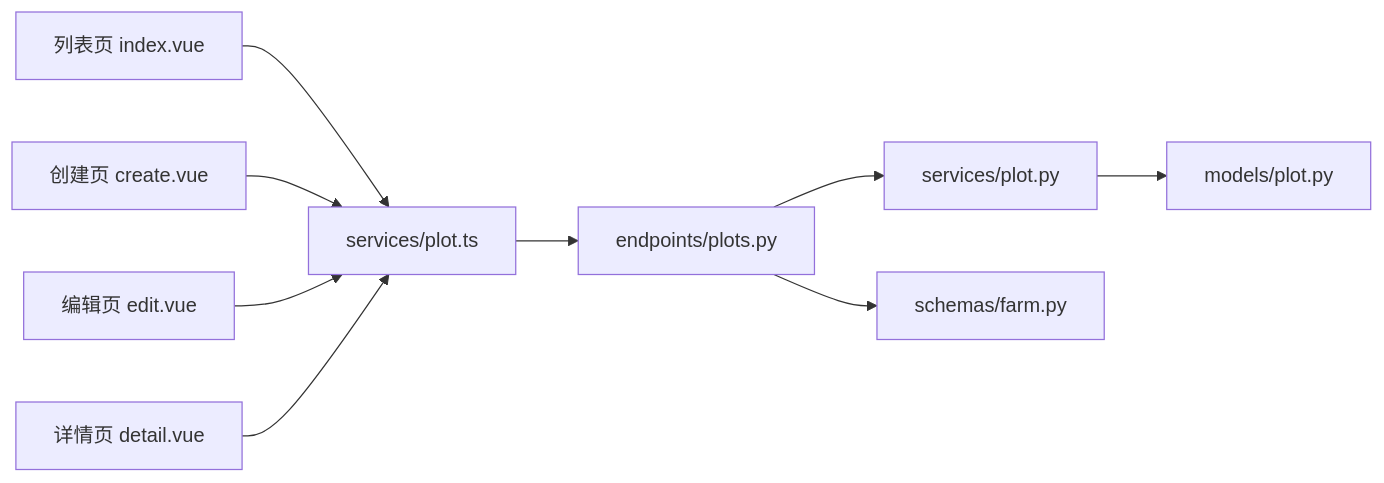
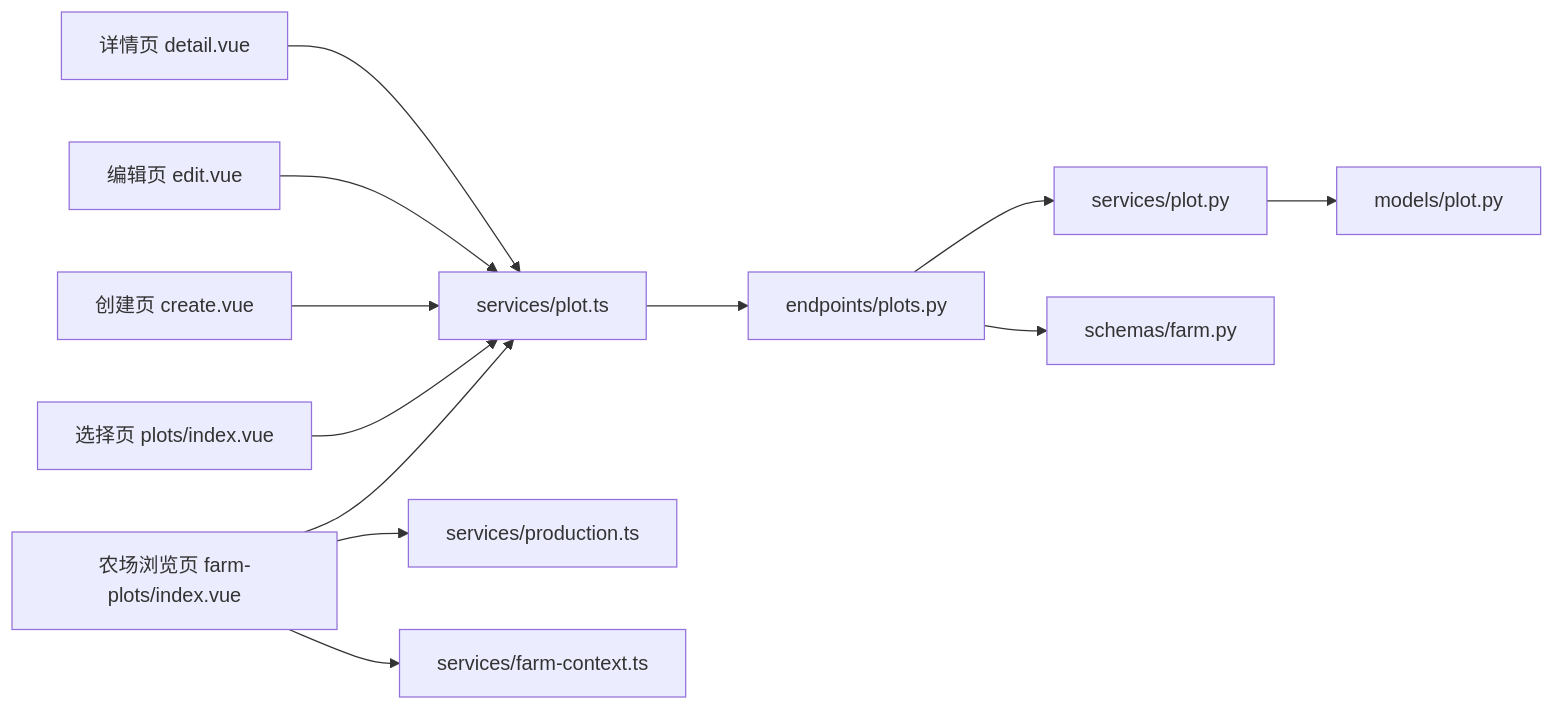
The tenth of 10 diagrams in .qoder/repowiki/zh/content/前端应用/地块管理模块.md (wungjyan/pocket-farm), drawn with Mermaid before and after one commit. The commit also changed other lines of this file and 198 other files, not shown here.

````diff
--- a/.qoder/repowiki/zh/content/前端应用/地块管理模块.md
+++ b/.qoder/repowiki/zh/content/前端应用/地块管理模块.md
@@ -378,11 +516,14 @@
 ```mermaid
 graph LR
-FE_Index["列表页 index.vue"] --> Svc["services/plot.ts"]
+FP["农场浏览页 farm-plots/index.vue"] --> Svc["services/plot.ts"]
+FP --> Prod["services/production.ts"]
+PS["选择页 plots/index.vue"] --> Svc
 FE_Create["创建页 create.vue"] --> Svc
 FE_Edit["编辑页 edit.vue"] --> Svc
 FE_Detail["详情页 detail.vue"] --> Svc
 Svc --> API["endpoints/plots.py"]
 API --> SVC["services/plot.py"]
 SVC --> Model["models/plot.py"]
 API --> Schema["schemas/farm.py"]
+FP --> Context["services/farm-context.ts"]
 ```
````
